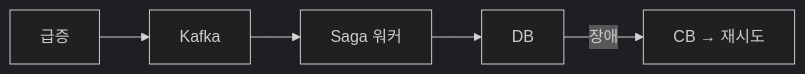
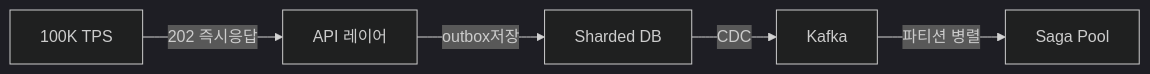
Before and after one commit to yjkim2015/yjkim2015.github.io: diagram 11 of 12 in _posts/architecture/2026-05-02-distributed-transaction-deep.md, drawn with Mermaid (dark theme). The commit also changed other lines of this file and 4 other files, not shown here.

````diff
--- a/_posts/architecture/2026-05-02-distributed-transaction-deep.md
+++ b/_posts/architecture/2026-05-02-distributed-transaction-deep.md
@@ -580,7 +1755,7 @@
 ```mermaid
 graph LR
-    Flash["급증"] --> Queue["Kafka"]
-    Queue --> Workers["Saga 워커"]
-    Workers --> DB["DB"]
-    DB -->|"장애"| CB["CB → 재시도"]
+    ORDERS["100K TPS"] -->|"202 즉시응답"| API["API 레이어"]
+    API -->|"outbox저장"| DB["Sharded DB"]
+    DB -->|"CDC"| KF["Kafka"]
+    KF -->|"파티션 병렬"| SAGA["Saga Pool"]
 ```
````
